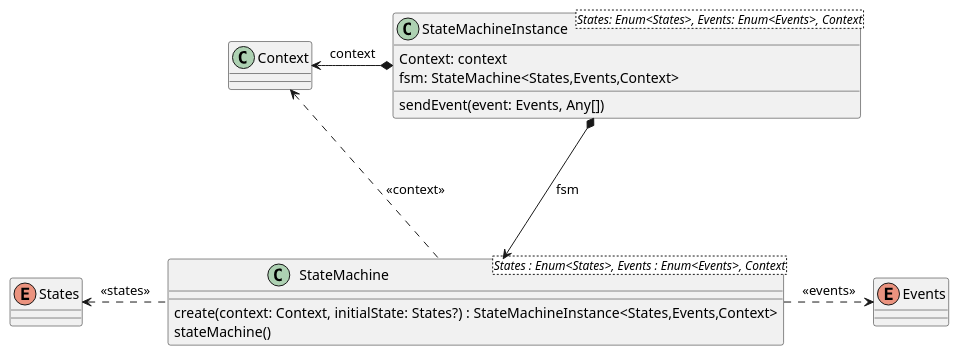
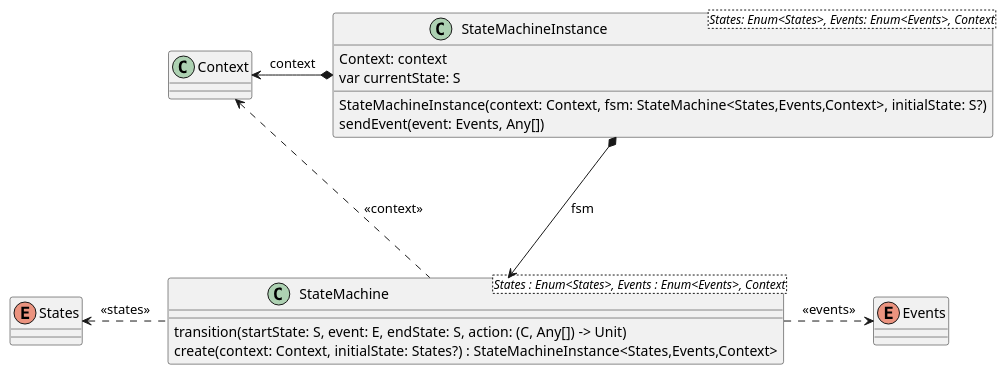
Before and after one commit to open-jumpco/kfsm: the diagram in src/doc/plantuml/statemachine-classes.plantuml, drawn with PlantUML. The commit also changed 16 other files, not shown here.

```diff
--- a/src/doc/plantuml/statemachine-classes.plantuml
+++ b/src/doc/plantuml/statemachine-classes.plantuml
@@ -1,28 +1,29 @@
 @startuml
 
 class Context {
 }
 enum States {
 }
 enum Events {
 }
 
 class StateMachine<States : Enum<States>, Events : Enum<Events>, Context> {
+    transition(startState: S, event: E, endState: S, action: (C, Any[]) -> Unit)
     create(context: Context, initialState: States?) : StateMachineInstance<States,Events,Context>
-    stateMachine()
 }
 
 class StateMachineInstance<States: Enum<States>, Events: Enum<Events>, Context> {
+    StateMachineInstance(context: Context, fsm: StateMachine<States,Events,Context>, initialState: S?)
     Context: context
-    fsm: StateMachine<States,Events,Context>
+    var currentState: S
     sendEvent(event: Events, Any[])
 }
 
 StateMachine ..left..> States : <<states>>
 StateMachine ..right..> Events : <<events>>
 StateMachine ..up.> Context : <<context>>
 
 StateMachineInstance *---> StateMachine : fsm
-StateMachineInstance *-left-> Context : context
+StateMachineInstance *--left--> Context : context
 
 @enduml
```
